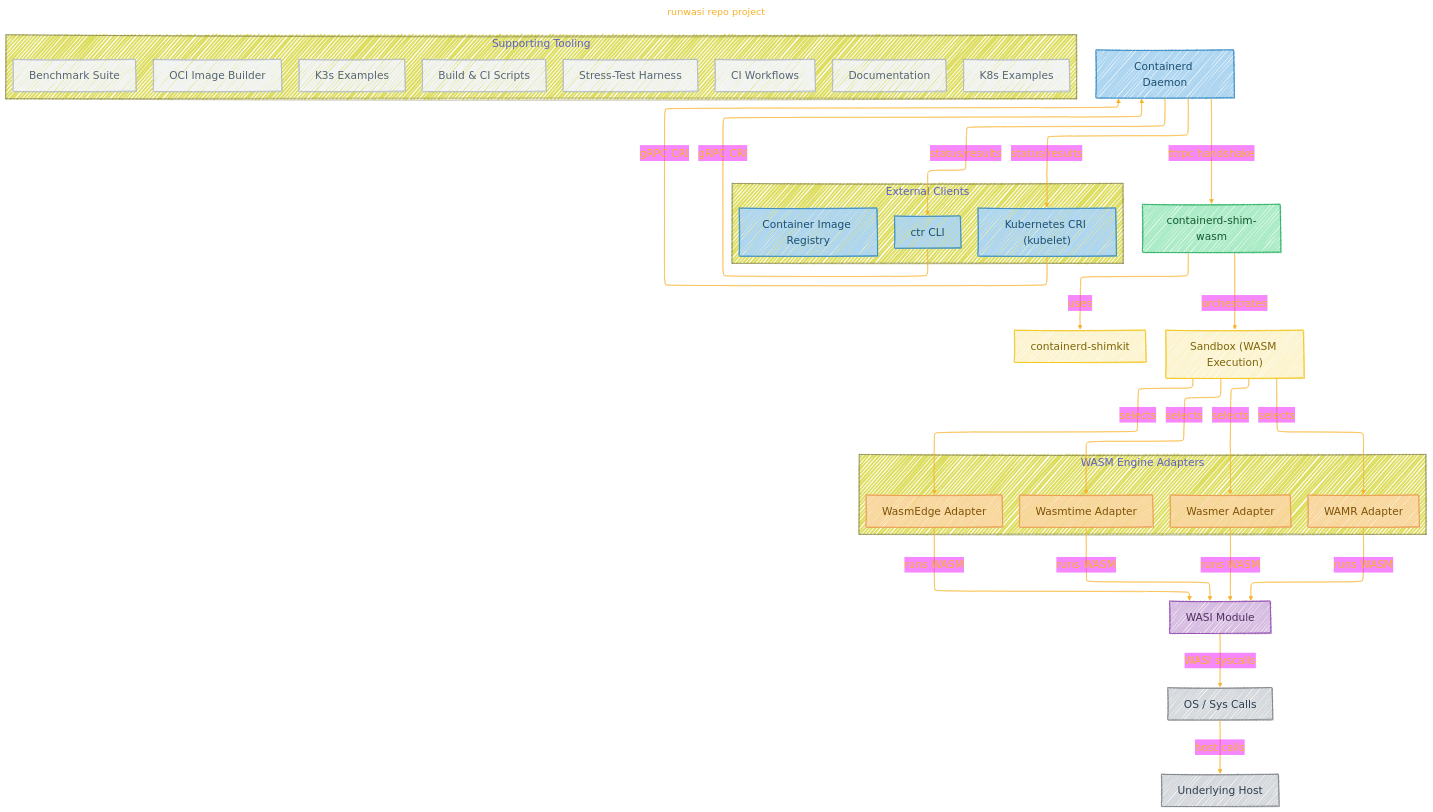
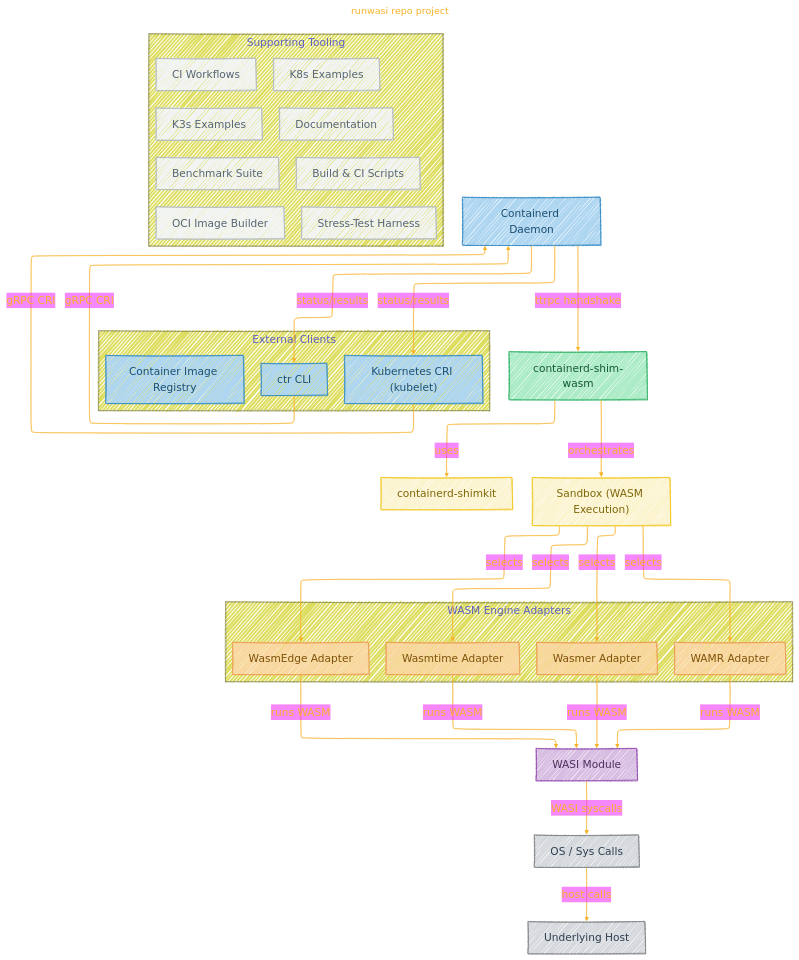
Before and after one commit to CongLeSolutionX/ArchExplorer: the first of 2 diagrams in APPLE/containerd_project/runwasi.md, drawn with Mermaid.

```diff
--- a/APPLE/containerd_project/runwasi.md
+++ b/APPLE/containerd_project/runwasi.md
@@ -74,6 +74,7 @@
 flowchart TD
     %% External Clients
     subgraph "External Clients"
+	direction LR
         CTR["ctr CLI"]:::external
         KUBE["Kubernetes CRI (kubelet)"]:::external
         REG["Container Image Registry"]:::external
@@ -95,6 +96,7 @@
 
     %% Runtime Adapters
     subgraph "WASM Engine Adapters"
+	direction LR
         Wasmtime["Wasmtime Adapter"]:::adapter
         click Wasmtime "https://github.com/containerd/runwasi/tree/main/crates/containerd-shim-wasmtime"
         Wasmer["Wasmer Adapter"]:::adapter
@@ -114,6 +116,7 @@
 
     %% Supporting Tooling
     subgraph "Supporting Tooling"
+	direction LR
         OCI["OCI Image Builder"]:::tooling
         click OCI "https://github.com/containerd/runwasi/tree/main/crates/oci-tar-builder"
         Stress["Stress-Test Harness"]:::tooling
```
